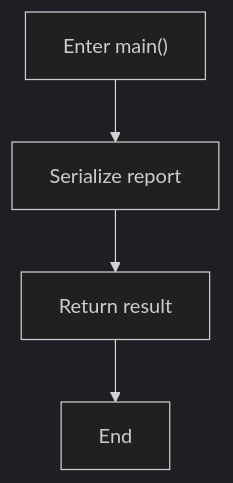
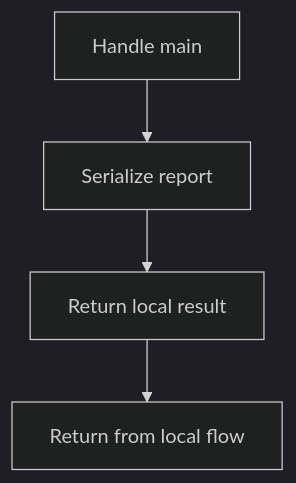
The second of 4 diagrams in docs/Codebase/Microservice/Test/Input/factory_to_base_unresolved_instance_source.cpp.md (JohnAndrewBalbarosa/NeoTerritory), drawn with Mermaid (dark theme) before and after one commit. The commit also changed other lines of this file and 915 other files, not shown here.

````diff
--- a/docs/Codebase/Microservice/Test/Input/factory_to_base_unresolved_instance_source.cpp.md
+++ b/docs/Codebase/Microservice/Test/Input/factory_to_base_unresolved_instance_source.cpp.md
@@ -49,10 +48,10 @@
 ```mermaid
 flowchart TD
-    N0["Enter main()"]
+    N0["Handle main"]
     N1["Serialize report"]
-    N2["Return result"]
-    N3["End"]
+    N2["Return local result"]
+    N3["Return from local flow"]
     N0 --> N1
     N1 --> N2
     N2 --> N3
 ```
````
